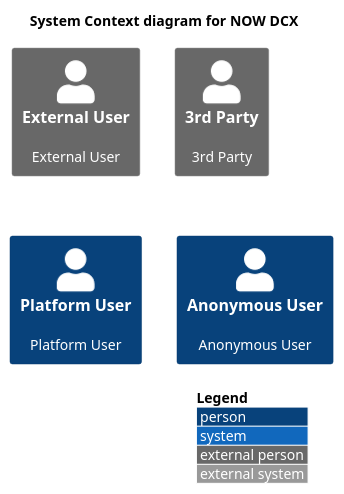
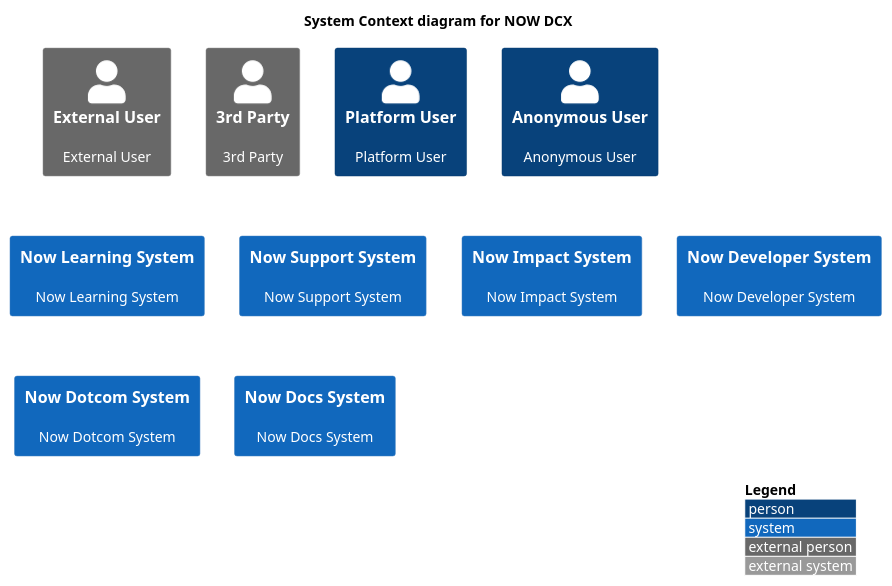
Before and after one commit to pangealab/athena: the diagram in puml/c4/dcx/nowdcx.puml, drawn with PlantUML. The commit also changed 1 other file, not shown here.

```diff
--- a/puml/c4/dcx/nowdcx.puml
+++ b/puml/c4/dcx/nowdcx.puml
@@ -1,18 +1,25 @@
 @startuml "enterprise"
 !include https://raw.githubusercontent.com/plantuml-stdlib/C4-PlantUML/master/C4_Context.puml
 ' uncomment the following line and comment the first to use locally
 ' !include C4_Context.puml
 
 LAYOUT_TOP_DOWN()
 'LAYOUT_AS_SKETCH()
 LAYOUT_WITH_LEGEND()
 
 title System Context diagram for NOW DCX
 
 Person_Ext(external_user, "External User", "External User")
 Person_Ext(3rd_party_user, "3rd Party", "3rd Party")
 Person(platform_user, "Platform User", "Platform User")
 Person(anonymous_user, "Anonymous User", "Anonymous User")
 
+System(now_learning_system, "Now Learning System", "Now Learning System")
+System(now_support_system, "Now Support System", "Now Support System")
+System(now_impact_system, "Now Impact System", "Now Impact System")
+System(now_learning_system, "Now Learning System", "Now Learning System")
+System(now_developer_system, "Now Developer System", "Now Developer System")
+System(now_dotcom_system, "Now Dotcom System", "Now Dotcom System")
+System(now_docs_system, "Now Docs System", "Now Docs System")
 
 @enduml
```
